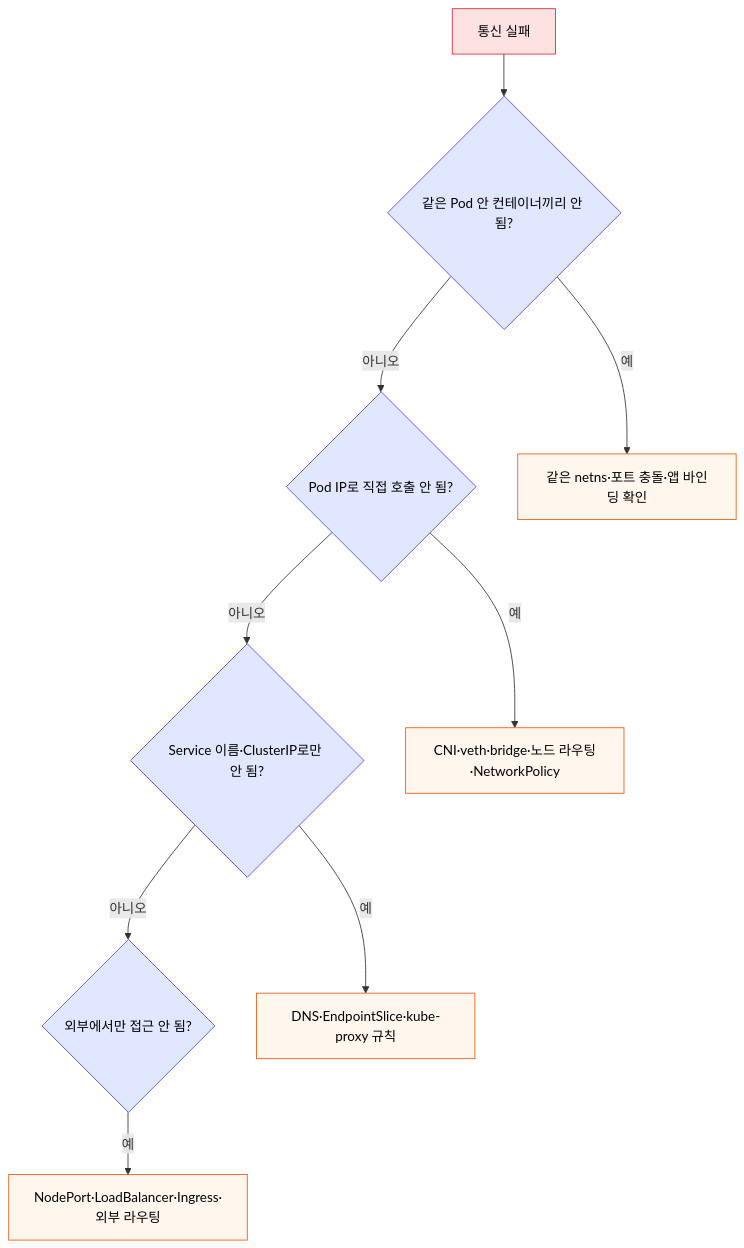
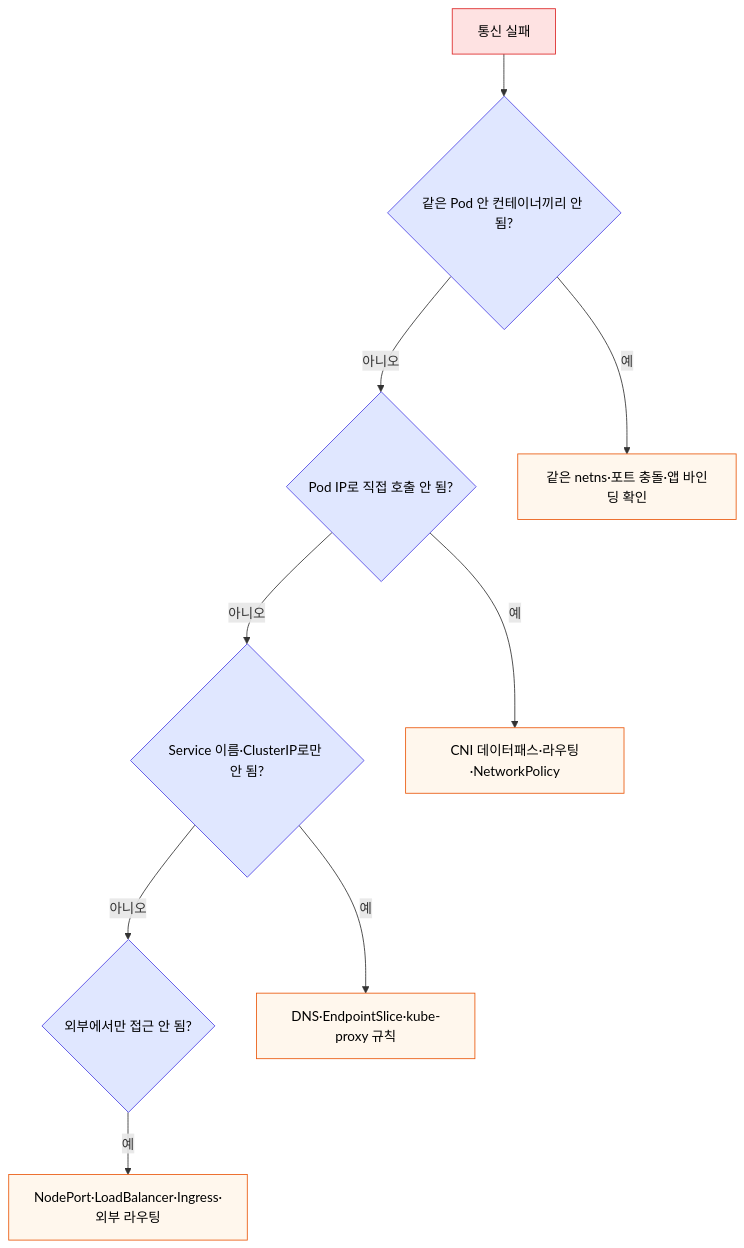
Before and after one commit to scofe97/StduyWrite: the seventh of 7 diagrams in write/08_cloud/kubernetes/04_networking/04-02.Pod 네트워크와 Linux 기반.md, drawn with Mermaid. The commit also changed other lines of this file and 142 other files, not shown here.

````diff
--- a/write/08_cloud/kubernetes/04_networking/04-02.Pod 네트워크와 Linux 기반.md
+++ b/write/08_cloud/kubernetes/04_networking/04-02.Pod 네트워크와 Linux 기반.md
@@ -452,31 +462,31 @@
 ```mermaid
 graph TB
     START["통신 실패"]
     Q1{"같은 Pod 안 컨테이너끼리 안 됨?"}
     Q2{"Pod IP로 직접 호출 안 됨?"}
     Q3{"Service 이름·ClusterIP로만 안 됨?"}
     Q4{"외부에서만 접근 안 됨?"}
     R1["같은 netns·포트 충돌·앱 바인딩 확인"]
-    R2["CNI·veth·bridge·노드 라우팅·NetworkPolicy"]
+    R2["CNI 데이터패스·라우팅·NetworkPolicy"]
     R3["DNS·EndpointSlice·kube-proxy 규칙"]
     R4["NodePort·LoadBalancer·Ingress·외부 라우팅"]
 
     START --> Q1
     Q1 -->|"예"| R1
     Q1 -->|"아니오"| Q2
     Q2 -->|"예"| R2
     Q2 -->|"아니오"| Q3
     Q3 -->|"예"| R3
     Q3 -->|"아니오"| Q4
     Q4 -->|"예"| R4
 
     style START fill:#fee2e2,stroke:#dc2626,color:#000
     style Q1 fill:#e0e7ff,stroke:#4f46e5,color:#000
     style Q2 fill:#e0e7ff,stroke:#4f46e5,color:#000
     style Q3 fill:#e0e7ff,stroke:#4f46e5,color:#000
     style Q4 fill:#e0e7ff,stroke:#4f46e5,color:#000
     style R1 fill:#fff7ed,stroke:#ea580c,color:#000
     style R2 fill:#fff7ed,stroke:#ea580c,color:#000
     style R3 fill:#fff7ed,stroke:#ea580c,color:#000
     style R4 fill:#fff7ed,stroke:#ea580c,color:#000
 ```
````
